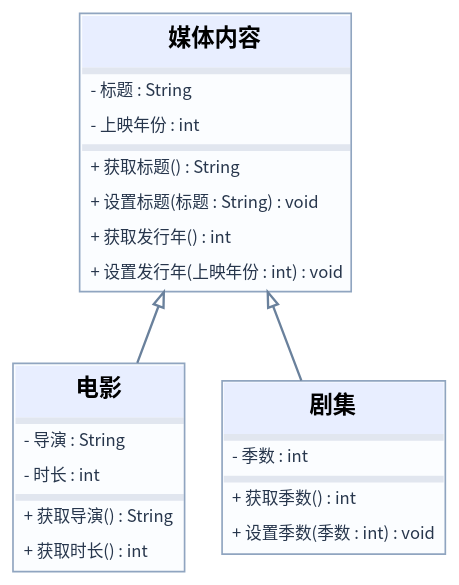
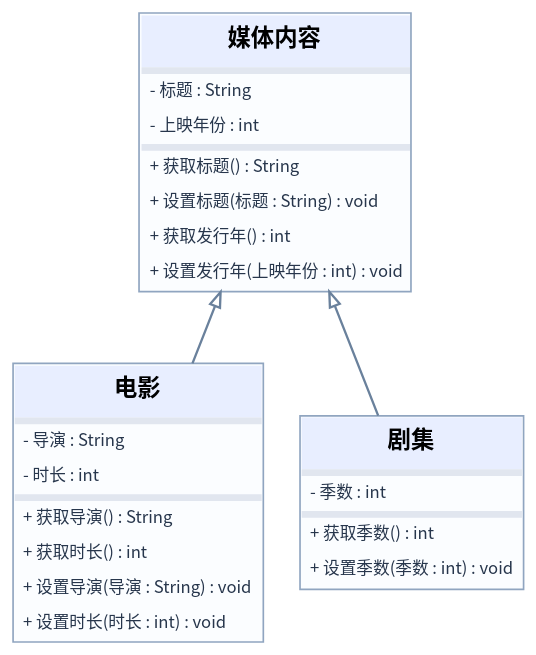
One commit to edetroll/java-oop changed the diagram in content/chapters/06-oroklodes/media/complete-task-5-zh.dot. Above: the diagram before and after it, drawn with Graphviz. The commit also changed 26 other files, not shown here.

```diff
--- a/content/chapters/06-oroklodes/media/complete-task-5-zh.dot
+++ b/content/chapters/06-oroklodes/media/complete-task-5-zh.dot
@@ -1,10 +1,10 @@
 digraph UML {
 graph [rankdir=BT,bgcolor="transparent",pad="0.15",nodesep="0.3",ranksep="0.6",splines=polyline];
 node [shape=plain];
 edge [color="#6a819c",penwidth=1.4,arrowsize=0.9];
 "媒体内容" [label=<<TABLE BORDER="1" CELLBORDER="0" CELLSPACING="0" COLOR="#90a5c0" BGCOLOR="#fbfdff"><TR><TD BGCOLOR="#e8eeff" CELLPADDING="8"><FONT FACE="Noto Sans CJK SC" POINT-SIZE="14"><B>媒体内容</B></FONT></TD></TR><TR><TD BGCOLOR="#e1e6ef" HEIGHT="2"></TD></TR><TR><TD ALIGN="LEFT" CELLPADDING="5"><FONT FACE="Noto Sans CJK SC" POINT-SIZE="10" COLOR="#27364c">- 标题 : String</FONT></TD></TR><TR><TD ALIGN="LEFT" CELLPADDING="5"><FONT FACE="Noto Sans CJK SC" POINT-SIZE="10" COLOR="#27364c">- 上映年份 : int</FONT></TD></TR><TR><TD BGCOLOR="#e1e6ef" HEIGHT="2"></TD></TR><TR><TD ALIGN="LEFT" CELLPADDING="5"><FONT FACE="Noto Sans CJK SC" POINT-SIZE="10" COLOR="#27364c">+ 获取标题() : String</FONT></TD></TR><TR><TD ALIGN="LEFT" CELLPADDING="5"><FONT FACE="Noto Sans CJK SC" POINT-SIZE="10" COLOR="#27364c">+ 设置标题(标题 : String) : void</FONT></TD></TR><TR><TD ALIGN="LEFT" CELLPADDING="5"><FONT FACE="Noto Sans CJK SC" POINT-SIZE="10" COLOR="#27364c">+ 获取发行年() : int</FONT></TD></TR><TR><TD ALIGN="LEFT" CELLPADDING="5"><FONT FACE="Noto Sans CJK SC" POINT-SIZE="10" COLOR="#27364c">+ 设置发行年(上映年份 : int) : void</FONT></TD></TR></TABLE>>];
-"电影" [label=<<TABLE BORDER="1" CELLBORDER="0" CELLSPACING="0" COLOR="#90a5c0" BGCOLOR="#fbfdff"><TR><TD BGCOLOR="#e8eeff" CELLPADDING="8"><FONT FACE="Noto Sans CJK SC" POINT-SIZE="14"><B>电影</B></FONT></TD></TR><TR><TD BGCOLOR="#e1e6ef" HEIGHT="2"></TD></TR><TR><TD ALIGN="LEFT" CELLPADDING="5"><FONT FACE="Noto Sans CJK SC" POINT-SIZE="10" COLOR="#27364c">- 导演 : String</FONT></TD></TR><TR><TD ALIGN="LEFT" CELLPADDING="5"><FONT FACE="Noto Sans CJK SC" POINT-SIZE="10" COLOR="#27364c">- 时长 : int</FONT></TD></TR><TR><TD BGCOLOR="#e1e6ef" HEIGHT="2"></TD></TR><TR><TD ALIGN="LEFT" CELLPADDING="5"><FONT FACE="Noto Sans CJK SC" POINT-SIZE="10" COLOR="#27364c">+ 获取导演() : String</FONT></TD></TR><TR><TD ALIGN="LEFT" CELLPADDING="5"><FONT FACE="Noto Sans CJK SC" POINT-SIZE="10" COLOR="#27364c">+ 获取时长() : int</FONT></TD></TR></TABLE>>];
+"电影" [label=<<TABLE BORDER="1" CELLBORDER="0" CELLSPACING="0" COLOR="#90a5c0" BGCOLOR="#fbfdff"><TR><TD BGCOLOR="#e8eeff" CELLPADDING="8"><FONT FACE="Noto Sans CJK SC" POINT-SIZE="14"><B>电影</B></FONT></TD></TR><TR><TD BGCOLOR="#e1e6ef" HEIGHT="2"></TD></TR><TR><TD ALIGN="LEFT" CELLPADDING="5"><FONT FACE="Noto Sans CJK SC" POINT-SIZE="10" COLOR="#27364c">- 导演 : String</FONT></TD></TR><TR><TD ALIGN="LEFT" CELLPADDING="5"><FONT FACE="Noto Sans CJK SC" POINT-SIZE="10" COLOR="#27364c">- 时长 : int</FONT></TD></TR><TR><TD BGCOLOR="#e1e6ef" HEIGHT="2"></TD></TR><TR><TD ALIGN="LEFT" CELLPADDING="5"><FONT FACE="Noto Sans CJK SC" POINT-SIZE="10" COLOR="#27364c">+ 获取导演() : String</FONT></TD></TR><TR><TD ALIGN="LEFT" CELLPADDING="5"><FONT FACE="Noto Sans CJK SC" POINT-SIZE="10" COLOR="#27364c">+ 获取时长() : int</FONT></TD></TR><TR><TD ALIGN="LEFT" CELLPADDING="5"><FONT FACE="Noto Sans CJK SC" POINT-SIZE="10" COLOR="#27364c">+ 设置导演(导演 : String) : void</FONT></TD></TR><TR><TD ALIGN="LEFT" CELLPADDING="5"><FONT FACE="Noto Sans CJK SC" POINT-SIZE="10" COLOR="#27364c">+ 设置时长(时长 : int) : void</FONT></TD></TR></TABLE>>];
 "剧集" [label=<<TABLE BORDER="1" CELLBORDER="0" CELLSPACING="0" COLOR="#90a5c0" BGCOLOR="#fbfdff"><TR><TD BGCOLOR="#e8eeff" CELLPADDING="8"><FONT FACE="Noto Sans CJK SC" POINT-SIZE="14"><B>剧集</B></FONT></TD></TR><TR><TD BGCOLOR="#e1e6ef" HEIGHT="2"></TD></TR><TR><TD ALIGN="LEFT" CELLPADDING="5"><FONT FACE="Noto Sans CJK SC" POINT-SIZE="10" COLOR="#27364c">- 季数 : int</FONT></TD></TR><TR><TD BGCOLOR="#e1e6ef" HEIGHT="2"></TD></TR><TR><TD ALIGN="LEFT" CELLPADDING="5"><FONT FACE="Noto Sans CJK SC" POINT-SIZE="10" COLOR="#27364c">+ 获取季数() : int</FONT></TD></TR><TR><TD ALIGN="LEFT" CELLPADDING="5"><FONT FACE="Noto Sans CJK SC" POINT-SIZE="10" COLOR="#27364c">+ 设置季数(季数 : int) : void</FONT></TD></TR></TABLE>>];
 "电影" -> "媒体内容" [arrowhead=empty];
 "剧集" -> "媒体内容" [arrowhead=empty];
 }
```
